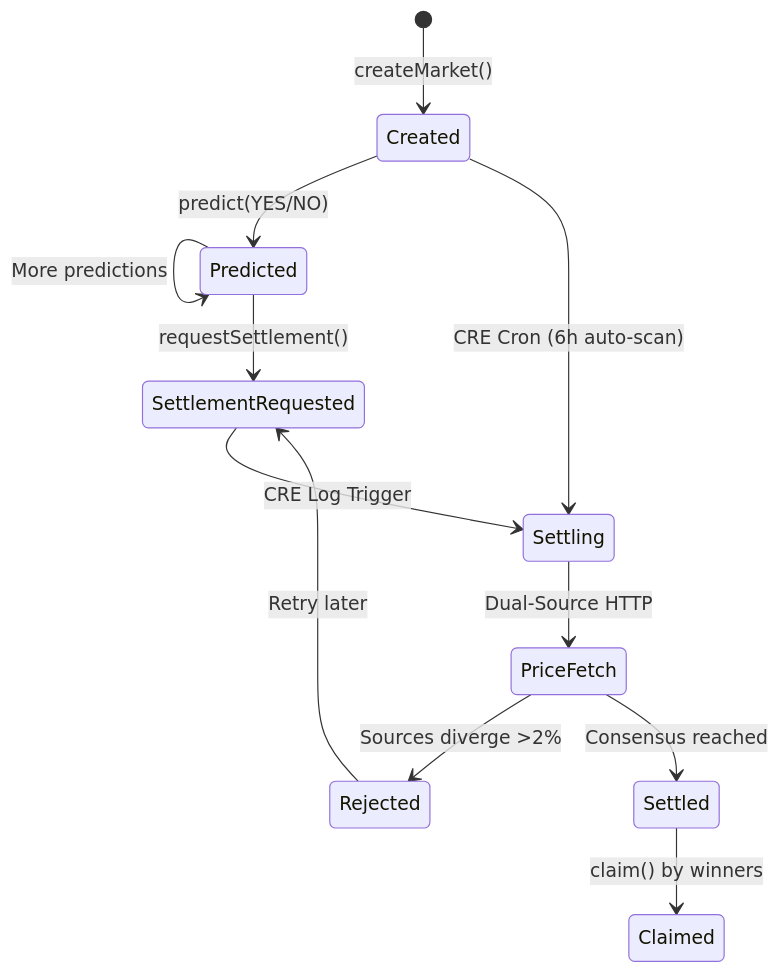
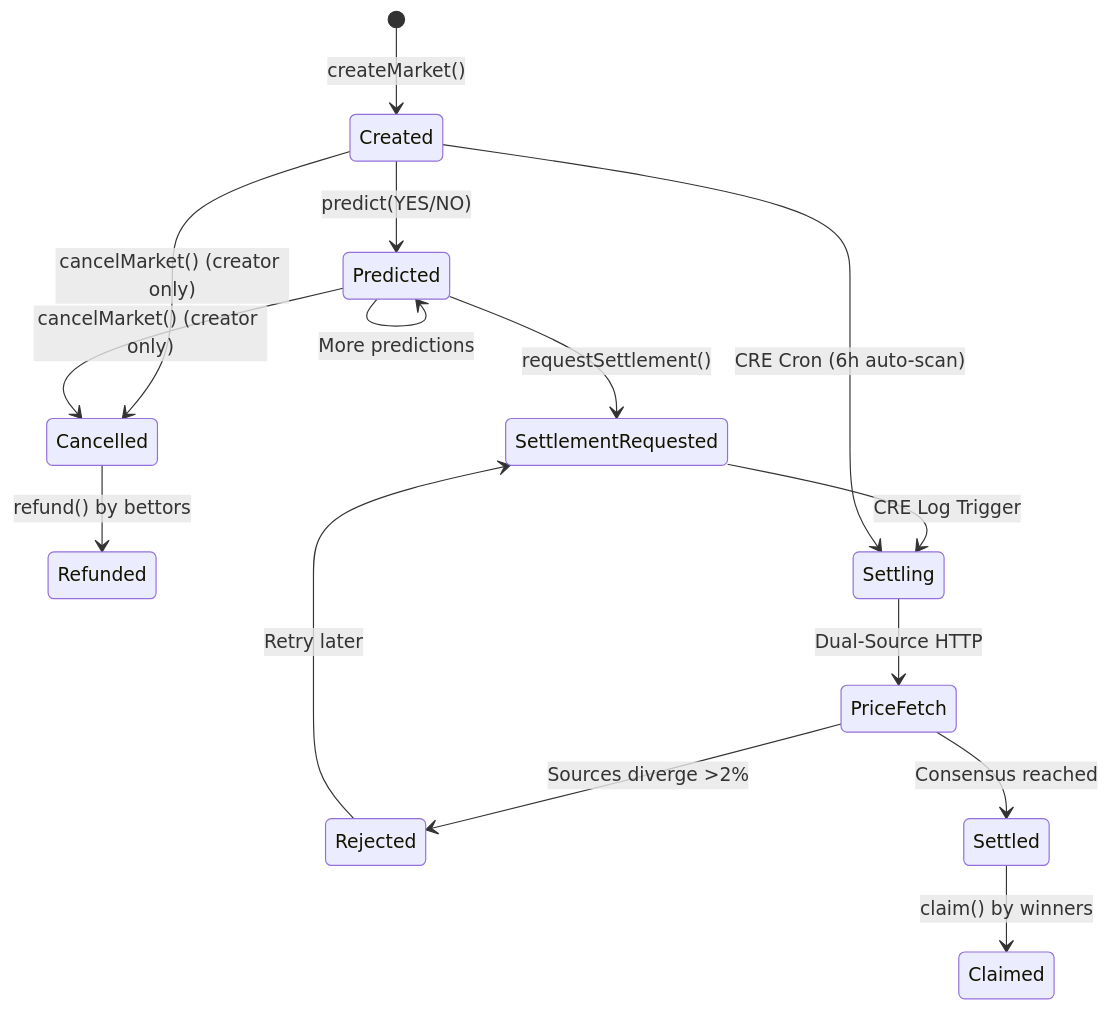
One commit to YuxiangJiangCT/oracle-settler changed the second of 2 diagrams in README.md. Above: the diagram before and after it, drawn with Mermaid. The commit also changed other lines of this file and 9 other files, not shown here.

Commit message:
feat: deadline, cancel/refund, 32 tests, redeploy 0xA137

````diff
--- a/README.md
+++ b/README.md
@@ -61,14 +61,17 @@
 ```mermaid
 stateDiagram-v2
     [*] --> Created: createMarket()
     Created --> Predicted: predict(YES/NO)
     Predicted --> Predicted: More predictions
+    Created --> Cancelled: cancelMarket() (creator only)
+    Predicted --> Cancelled: cancelMarket() (creator only)
+    Cancelled --> Refunded: refund() by bettors
     Predicted --> SettlementRequested: requestSettlement()
     SettlementRequested --> Settling: CRE Log Trigger
     Created --> Settling: CRE Cron (6h auto-scan)
     Settling --> PriceFetch: Dual-Source HTTP
     PriceFetch --> Rejected: Sources diverge >2%
     PriceFetch --> Settled: Consensus reached
     Settled --> Claimed: claim() by winners
     Rejected --> SettlementRequested: Retry later
 ```
````
